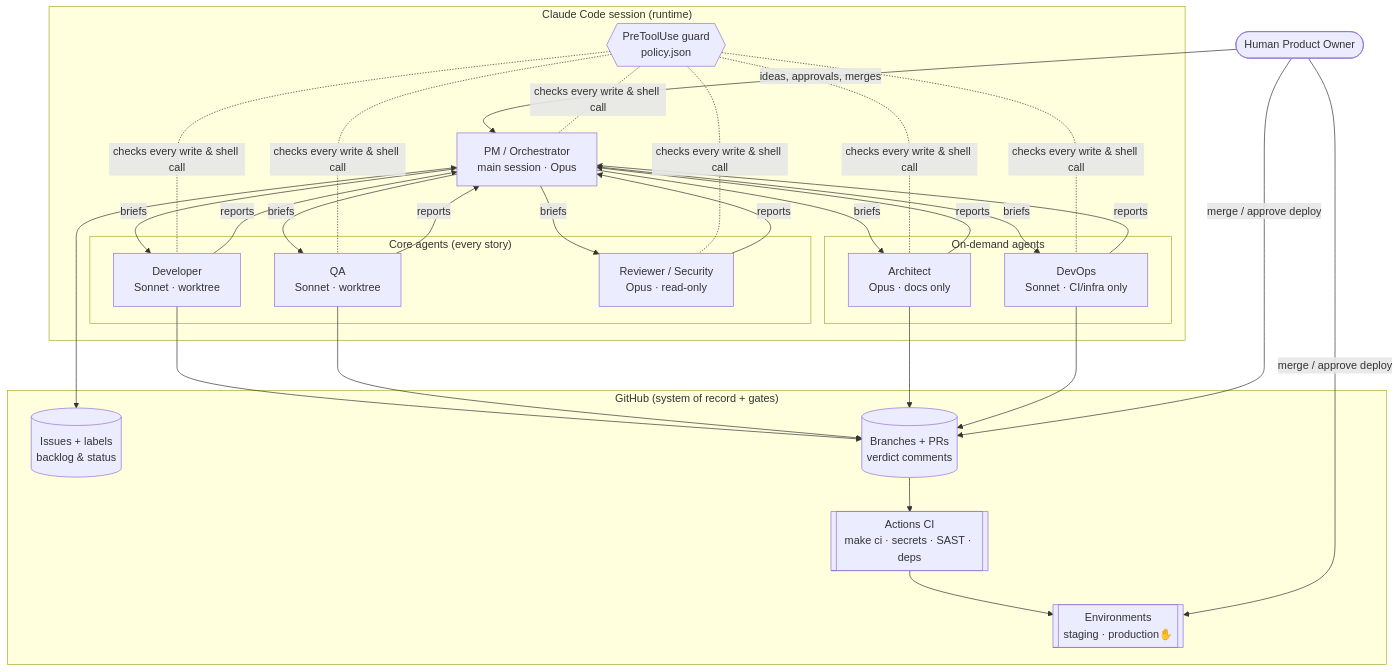
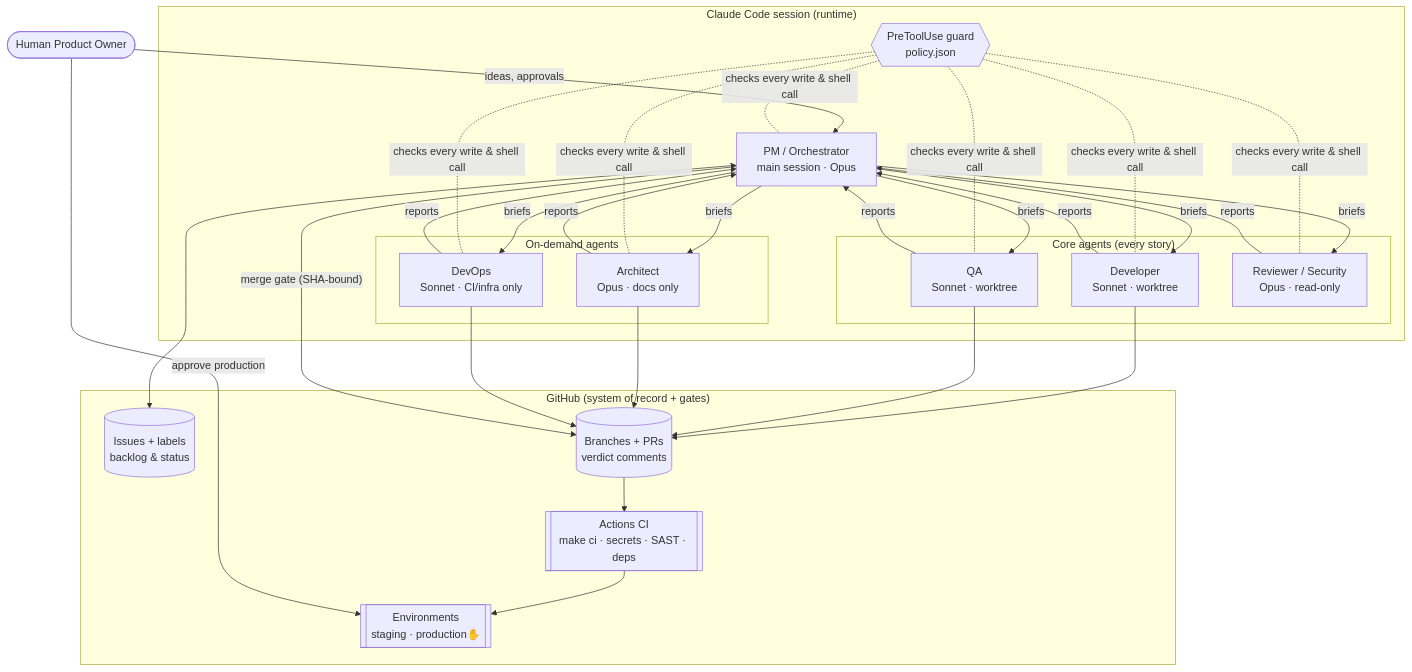
The diagram in docs/01-architecture.md (pouyafath/agentic-team), drawn with Mermaid before and after one commit. The commit also changed other lines of this file and 14 other files, not shown here.

First line of the commit message:
Autonomous merge gate and subscription-first cost model

````diff
--- a/docs/01-architecture.md
+++ b/docs/01-architecture.md
@@ -16,31 +16,32 @@
 ```mermaid
 flowchart TB
   PO([Human Product Owner])
   subgraph Runtime["Claude Code session (runtime)"]
     PM["PM / Orchestrator<br/>main session · Opus"]
     subgraph Core["Core agents (every story)"]
       DEV["Developer<br/>Sonnet · worktree"]
       QA["QA<br/>Sonnet · worktree"]
       REV["Reviewer / Security<br/>Opus · read-only"]
     end
     subgraph Support["On-demand agents"]
       ARC["Architect<br/>Opus · docs only"]
       OPS["DevOps<br/>Sonnet · CI/infra only"]
     end
     GUARD{{"PreToolUse guard<br/>policy.json"}}
   end
   subgraph GitHub["GitHub (system of record + gates)"]
     ISS[(Issues + labels<br/>backlog & status)]
     PR[(Branches + PRs<br/>verdict comments)]
     CI[[Actions CI<br/>make ci · secrets · SAST · deps]]
     ENV[[Environments<br/>staging · production✋]]
   end
-  PO -- ideas, approvals, merges --> PM
+  PO -- ideas, approvals --> PM
   PM -- briefs --> DEV & QA & REV & ARC & OPS
   DEV & QA & REV & ARC & OPS -- reports --> PM
   PM <--> ISS
   DEV & QA & ARC & OPS --> PR
   PR --> CI --> ENV
-  PO -- merge / approve deploy --> PR & ENV
+  PM -- merge gate (SHA-bound) --> PR
+  PO -- approve production --> ENV
   GUARD -. checks every write & shell call .- DEV & QA & REV & ARC & OPS & PM
 ```
````
